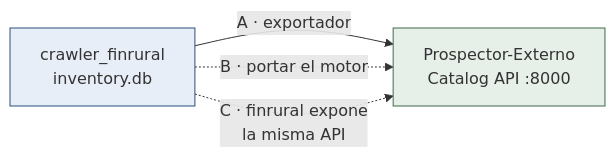
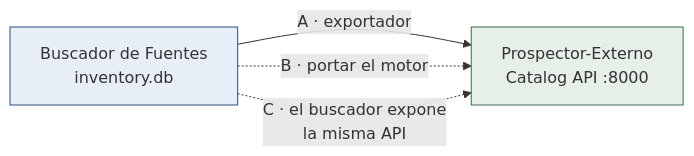
Before and after one commit to MarlonTMF/Crawler_Buscador: the fifth of 7 diagrams in docs/arquitectura_integracion.md, drawn with Mermaid. The commit also changed other lines of this file and 3 other files, not shown here.

````diff
--- a/docs/arquitectura_integracion.md
+++ b/docs/arquitectura_integracion.md
@@ -229,12 +229,12 @@
 ```mermaid
 flowchart LR
-    F["crawler_finrural<br/>inventory.db"]
+    F["Buscador de Fuentes<br/>inventory.db"]
     E["Prospector-Externo<br/>Catalog API :8000"]
 
     F -->|"A · exportador"| E
     F -.->|"B · portar el motor"| E
-    F -.->|"C · finrural expone<br/>la misma API"| E
+    F -.->|"C · el buscador expone<br/>la misma API"| E
 
     style F fill:#e8eef7,stroke:#2a4f7c
     style E fill:#e6f0e9,stroke:#3c6b4a
 ```
````
